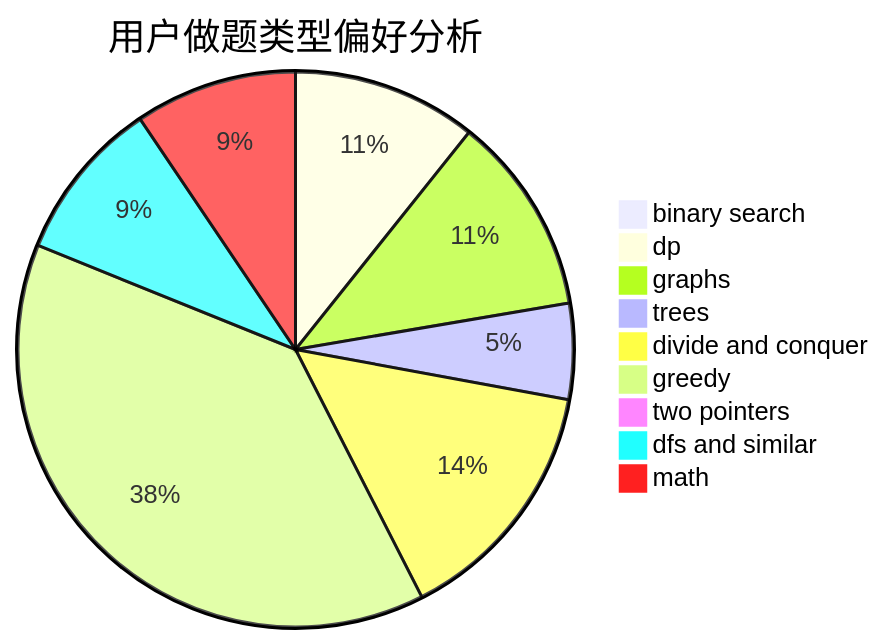
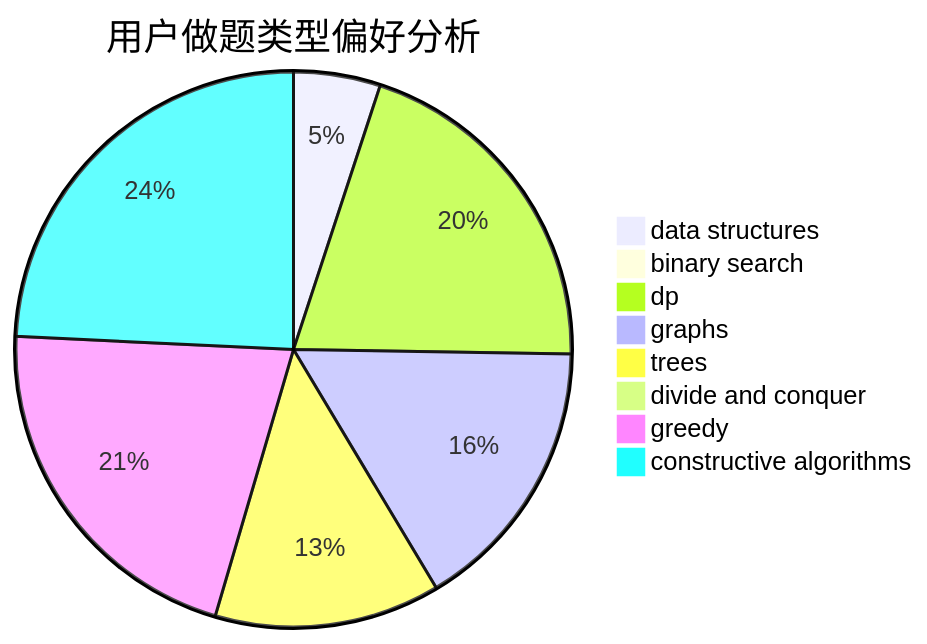
One commit to sherpahu/cfrs.github.io changed the second of 3 diagrams in docs/user/u270.md. Above: the diagram before and after it, drawn with Mermaid. The commit also changed other lines of this file and 2775 other files, not shown here.

````diff
--- a/docs/user/u270.md
+++ b/docs/user/u270.md
@@ -23,12 +23,11 @@
 ```mermaid
 pie title 用户做题类型偏好分析
-    "binary search" :  2
-    "dp" :  25
-    "graphs" :  27
+    "data structures" :  5
+    "binary search" :  0
+    "dp" :  20
+    "graphs" :  16
     "trees" :  13
-    "divide and conquer" :  34
-    "greedy" :  90
-    "two pointers" :  2
-    "dfs and similar" :  22
-    "math" :  22
+    "divide and conquer" :  0
+    "greedy" :  21
+    "constructive algorithms" :  24
 ```
````
